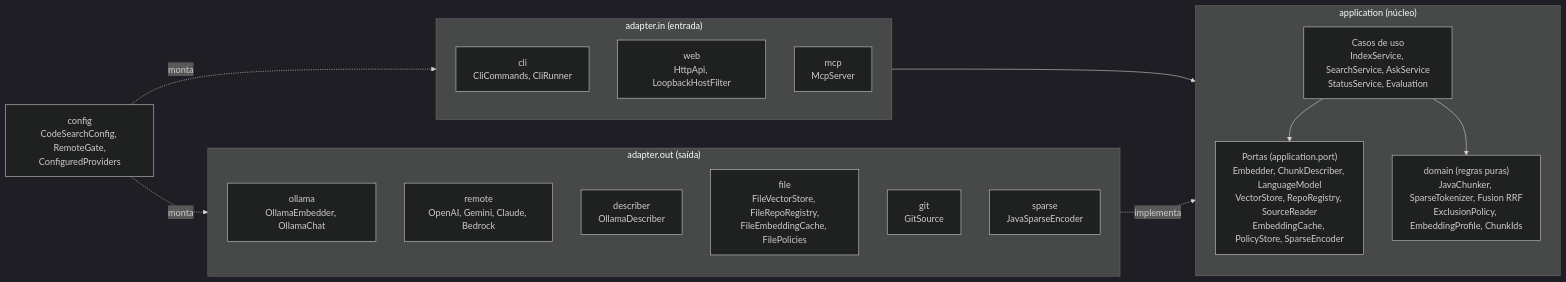
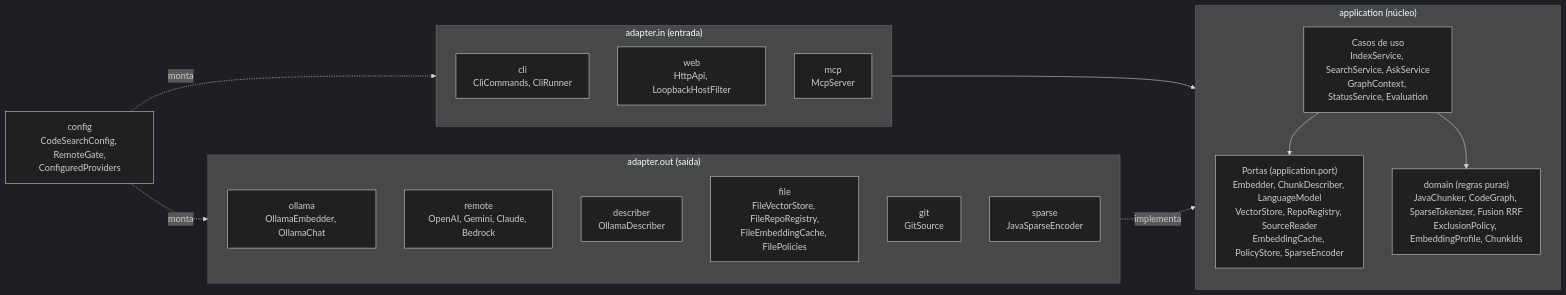
One commit to luan-vega/spec-embeddings-java changed the second of 6 diagrams in README.md. Above: the diagram before and after it, drawn with Mermaid (dark theme). The commit also changed other lines of this file, not shown here.

First line of the commit message:
README: GraphRAG no fluxo do ask, dataset de fluxo e correções

````diff
--- a/README.md
+++ b/README.md
@@ -158,35 +158,35 @@
 ```mermaid
 flowchart LR
     subgraph in["adapter.in (entrada)"]
         direction TB
         CLI["cli<br/>CliCommands, CliRunner"]
         WEB["web<br/>HttpApi, LoopbackHostFilter"]
         MCPS["mcp<br/>McpServer"]
     end
 
     subgraph appl["application (núcleo)"]
         direction TB
-        UC["Casos de uso<br/>IndexService, SearchService, AskService<br/>StatusService, Evaluation"]
+        UC["Casos de uso<br/>IndexService, SearchService, AskService<br/>GraphContext, StatusService, Evaluation"]
         PORTS["Portas (application.port)<br/>Embedder, ChunkDescriber, LanguageModel<br/>VectorStore, RepoRegistry, SourceReader<br/>EmbeddingCache, PolicyStore, SparseEncoder"]
-        DOM["domain (regras puras)<br/>JavaChunker, SparseTokenizer, Fusion RRF<br/>ExclusionPolicy, EmbeddingProfile, ChunkIds"]
+        DOM["domain (regras puras)<br/>JavaChunker, CodeGraph, SparseTokenizer, Fusion RRF<br/>ExclusionPolicy, EmbeddingProfile, ChunkIds"]
         UC --> PORTS
         UC --> DOM
     end
 
     subgraph out["adapter.out (saída)"]
         direction TB
         O1["ollama<br/>OllamaEmbedder, OllamaChat"]
         O2["remote<br/>OpenAI, Gemini, Claude, Bedrock"]
         O3["describer<br/>OllamaDescriber"]
         O4["file<br/>FileVectorStore, FileRepoRegistry,<br/>FileEmbeddingCache, FilePolicies"]
         O5["git<br/>GitSource"]
         O6["sparse<br/>JavaSparseEncoder"]
     end
 
     CFG["config<br/>CodeSearchConfig, RemoteGate,<br/>ConfiguredProviders"]
 
     in --> UC
     out -. implementa .-> PORTS
     CFG -. monta .-> in
     CFG -. monta .-> out
 ```
````
